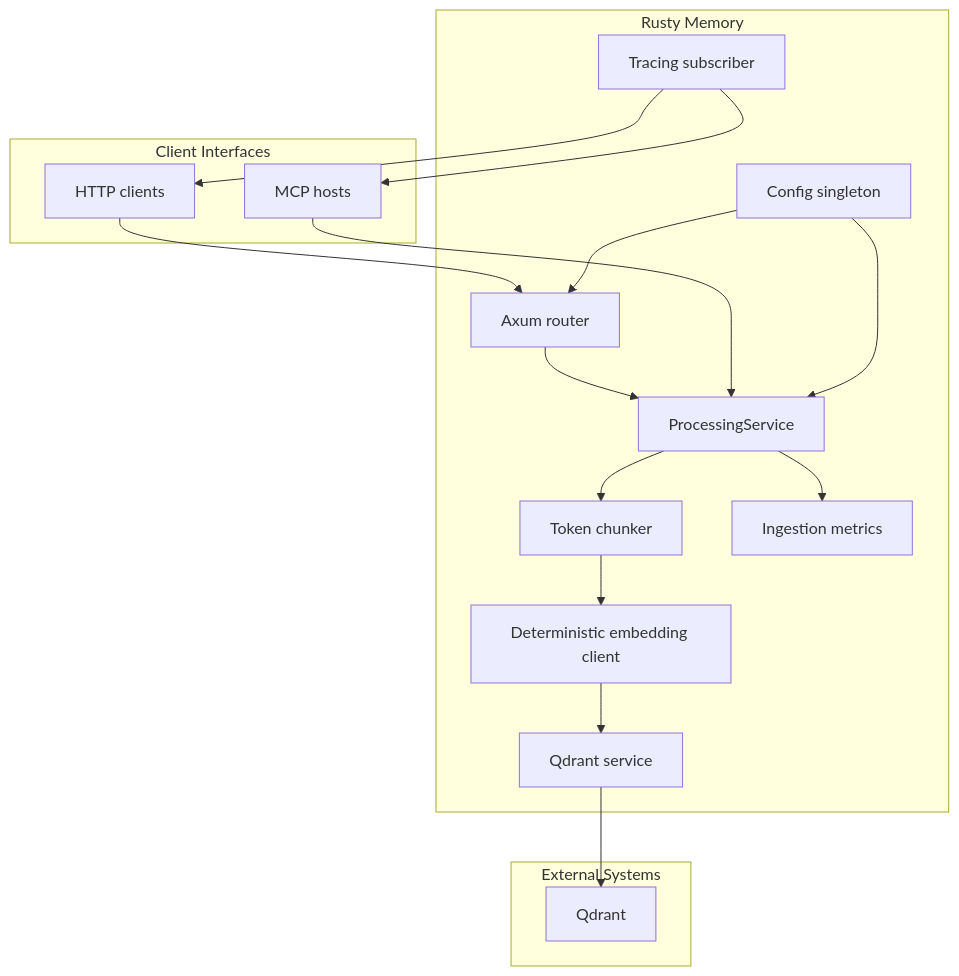
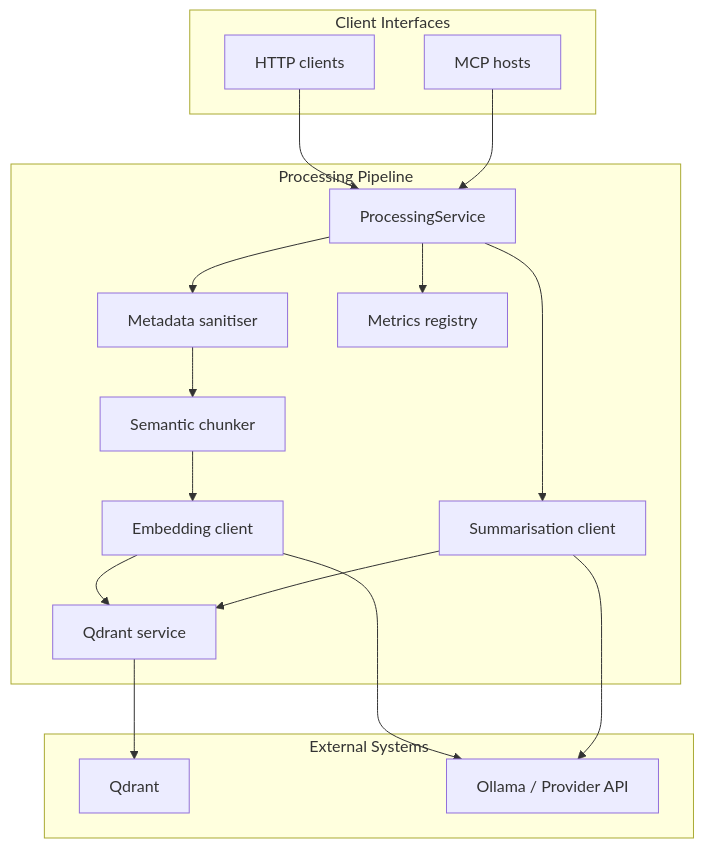
The diagram in docs/Design.md (CaliLuke/rusty-mcp), drawn with Mermaid before and after one commit. The commit also changed other lines of this file and 1 other file, not shown here.

First line of the commit message:
Document Agentic Memory surfaces

````diff
--- a/docs/Design.md
+++ b/docs/Design.md
@@ -7,31 +12,30 @@
 ```mermaid
 graph TD
     subgraph "Client Interfaces"
         HTTP[HTTP clients]
         MCP[MCP hosts]
     end
 
-    subgraph "Rusty Memory"
-        Router[Axum router]
+    subgraph "Processing Pipeline"
         Processing[ProcessingService]
-        Chunker[Token chunker]
-        Embed[Deterministic embedding client]
-        QdrantWriter[Qdrant service]
-        Metrics[Ingestion metrics]
-        Config[Config singleton]
-        Logging[Tracing subscriber]
+        Sanitizer[Metadata sanitiser]
+        Chunker[Semantic chunker]
+        Embed[Embedding client]
+        QdrantClient[Qdrant service]
+        Summarizer[Summarisation client]
+        Metrics[Metrics registry]
     end
 
     subgraph "External Systems"
-        VectorDB[Qdrant]
+        Qdrant[Qdrant]
+        Ollama[Ollama / Provider API]
     end
 
-    HTTP --> Router --> Processing
+    HTTP --> Processing
     MCP --> Processing
-    Config --> Router
-    Config --> Processing
-    Processing --> Chunker --> Embed --> QdrantWriter --> VectorDB
+    Processing --> Sanitizer --> Chunker --> Embed --> QdrantClient --> Qdrant
+    Processing --> Summarizer --> QdrantClient
     Processing --> Metrics
-    Logging --> HTTP
-    Logging --> MCP
+    Embed --> Ollama
+    Summarizer --> Ollama
 ```
````
